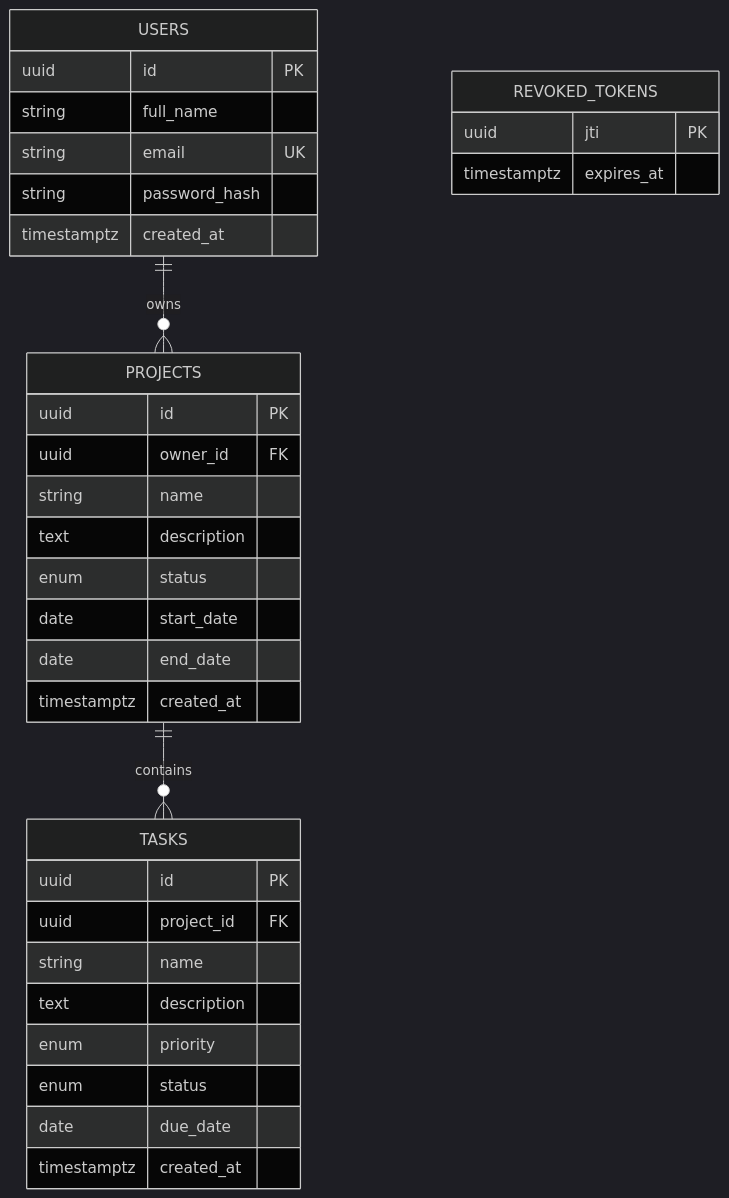
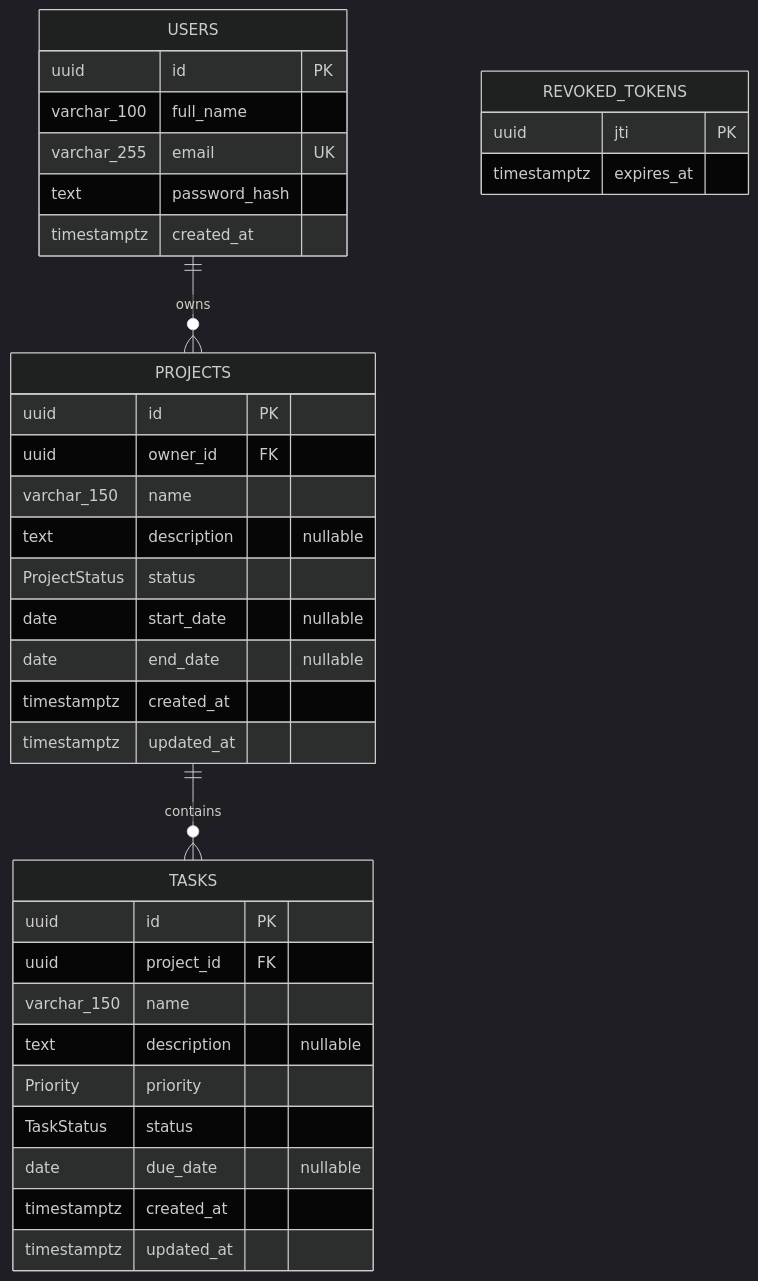
One commit to Keshav-k-Sharma/taskFlow changed the diagram in docs/ER_DIAGRAM.md. Above: the diagram before and after it, drawn with Mermaid (dark theme). The commit also changed other lines of this file and 22 other files, not shown here.

````diff
--- a/docs/ER_DIAGRAM.md
+++ b/docs/ER_DIAGRAM.md
@@ -3,9 +8,38 @@
 ```mermaid
 erDiagram
   USERS ||--o{ PROJECTS : owns
   PROJECTS ||--o{ TASKS : contains
-  USERS { uuid id PK  string full_name  string email UK  string password_hash  timestamptz created_at }
-  PROJECTS { uuid id PK  uuid owner_id FK  string name  text description  enum status  date start_date  date end_date  timestamptz created_at }
-  TASKS { uuid id PK  uuid project_id FK  string name  text description  enum priority  enum status  date due_date  timestamptz created_at }
-  REVOKED_TOKENS { uuid jti PK  timestamptz expires_at }
+  USERS {
+    uuid id PK
+    varchar_100 full_name
+    varchar_255 email UK
+    text password_hash
+    timestamptz created_at
+  }
+  PROJECTS {
+    uuid id PK
+    uuid owner_id FK
+    varchar_150 name
+    text description "nullable"
+    ProjectStatus status
+    date start_date "nullable"
+    date end_date "nullable"
+    timestamptz created_at
+    timestamptz updated_at
+  }
+  TASKS {
+    uuid id PK
+    uuid project_id FK
+    varchar_150 name
+    text description "nullable"
+    Priority priority
+    TaskStatus status
+    date due_date "nullable"
+    timestamptz created_at
+    timestamptz updated_at
+  }
+  REVOKED_TOKENS {
+    uuid jti PK
+    timestamptz expires_at
+  }
 ```
````
